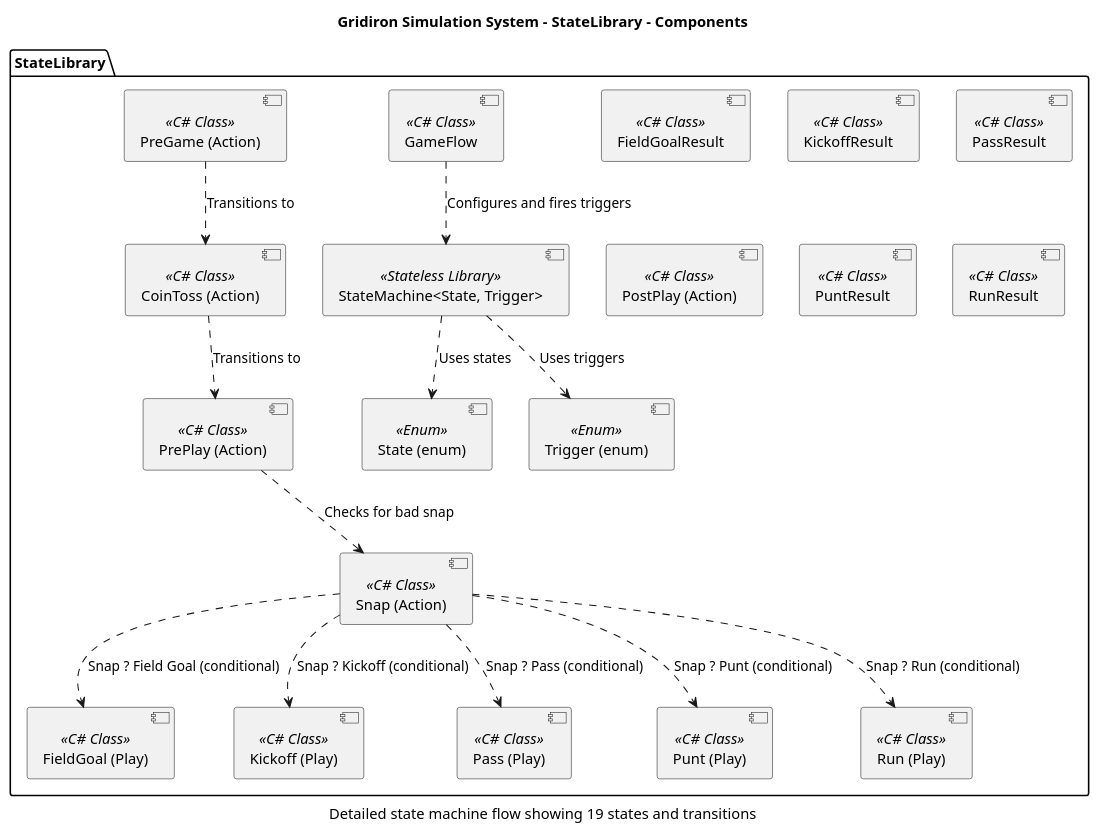
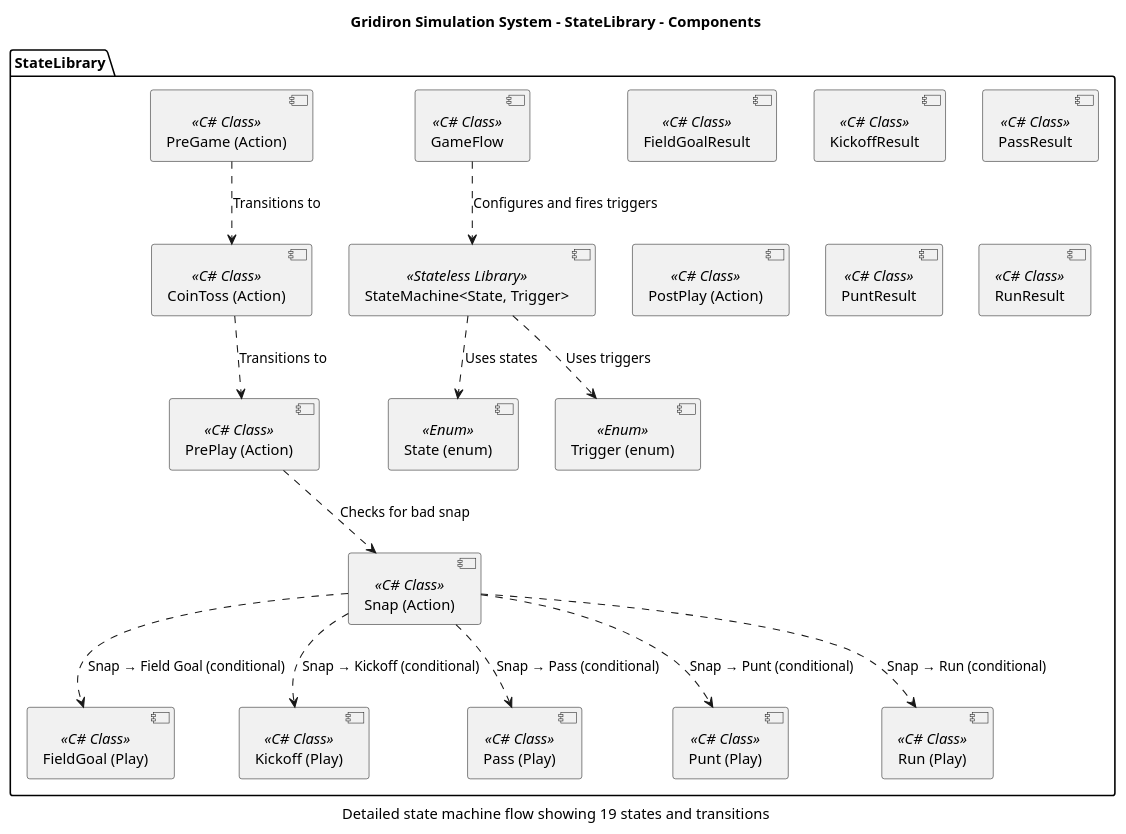
One commit to bobum/gridiron changed the diagram in Diagram/07-StateMachineFlow.puml. Above: the diagram before and after it, drawn with PlantUML. The commit also changed 2 other files, not shown here.

```diff
--- a/Diagram/07-StateMachineFlow.puml
+++ b/Diagram/07-StateMachineFlow.puml
@@ -1,36 +1,36 @@
 @startuml
 title Gridiron Simulation System - StateLibrary - Components
 caption Detailed state machine flow showing 19 states and transitions
 package StateLibrary {
   component "CoinToss (Action)" <<C# Class>> as 77
   component "FieldGoal (Play)" <<C# Class>> as 85
   component "FieldGoalResult" <<C# Class>> as 90
   component "GameFlow" <<C# Class>> as 72
   component "Kickoff (Play)" <<C# Class>> as 83
   component "KickoffResult" <<C# Class>> as 88
   component "Pass (Play)" <<C# Class>> as 82
   component "PassResult" <<C# Class>> as 87
   component "PostPlay (Action)" <<C# Class>> as 80
   component "PreGame (Action)" <<C# Class>> as 76
   component "PrePlay (Action)" <<C# Class>> as 78
   component "Punt (Play)" <<C# Class>> as 84
   component "PuntResult" <<C# Class>> as 89
   component "Run (Play)" <<C# Class>> as 81
   component "RunResult" <<C# Class>> as 86
   component "Snap (Action)" <<C# Class>> as 79
   component "State (enum)" <<Enum>> as 74
   component "StateMachine<State, Trigger>" <<Stateless Library>> as 73
   component "Trigger (enum)" <<Enum>> as 75
 }
 77 ..> 78 : Transitions to
 72 ..> 73 : Configures and fires triggers
 76 ..> 77 : Transitions to
 78 ..> 79 : Checks for bad snap
-79 ..> 85 : Snap ? Field Goal (conditional)
-79 ..> 83 : Snap ? Kickoff (conditional)
-79 ..> 82 : Snap ? Pass (conditional)
-79 ..> 84 : Snap ? Punt (conditional)
-79 ..> 81 : Snap ? Run (conditional)
+79 ..> 85 : Snap → Field Goal (conditional)
+79 ..> 83 : Snap → Kickoff (conditional)
+79 ..> 82 : Snap → Pass (conditional)
+79 ..> 84 : Snap → Punt (conditional)
+79 ..> 81 : Snap → Run (conditional)
 73 ..> 74 : Uses states
 73 ..> 75 : Uses triggers
 @enduml
```
